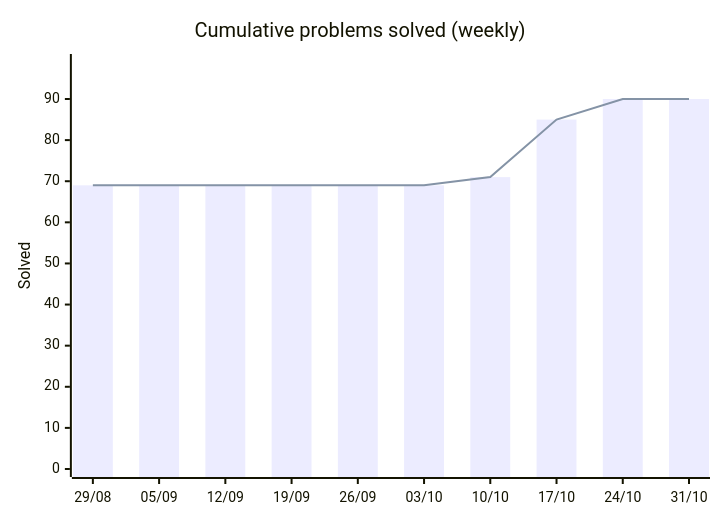
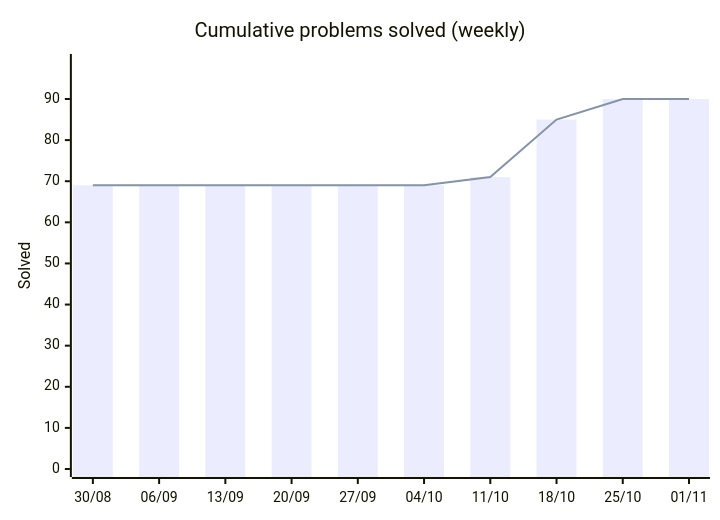
One commit to HarryTrn/TensorTonic-Solutions changed the first of 2 diagrams in README.md. Above: the diagram before and after it, drawn with Mermaid. The commit also changed other lines of this file, not shown here.

Commit message:
docs: auto-update README [skip ci]

````diff
--- a/README.md
+++ b/README.md
@@ -65,8 +65,8 @@
 ```mermaid
 xychart-beta
     title "Cumulative problems solved (weekly)"
-    x-axis ["29/08", "05/09", "12/09", "19/09", "26/09", "03/10", "10/10", "17/10", "24/10", "31/10"]
+    x-axis ["30/08", "06/09", "13/09", "20/09", "27/09", "04/10", "11/10", "18/10", "25/10", "01/11"]
     y-axis "Solved" 0 --> 99
     bar [69, 69, 69, 69, 69, 69, 71, 85, 90, 90]
     line [69, 69, 69, 69, 69, 69, 71, 85, 90, 90]
 ```
````
